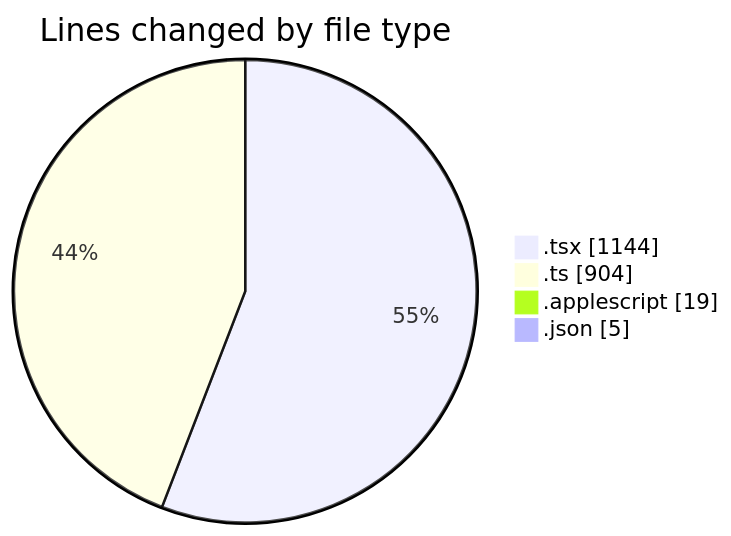
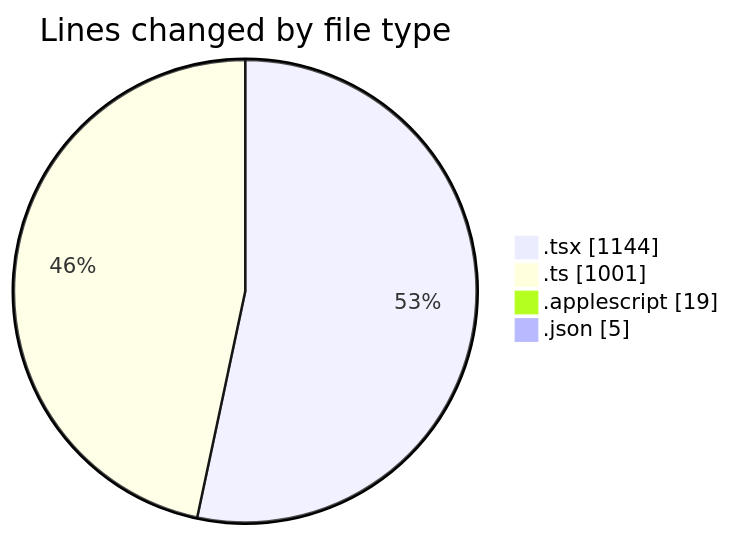
Before and after one commit to EIIisD/code-tracking: the first of 2 diagrams in 2025-07-11/ribbon/README.md, drawn with Mermaid. The commit also changed other lines of this file and 1 other file, not shown here.

````diff
--- a/2025-07-11/ribbon/README.md
+++ b/2025-07-11/ribbon/README.md
@@ -32,8 +32,8 @@
 ```mermaid
 pie showData
 title Lines changed by file type
 ".tsx" : 1144
-".ts" : 904
+".ts" : 1001
 ".applescript" : 19
 ".json" : 5
 ```
````
